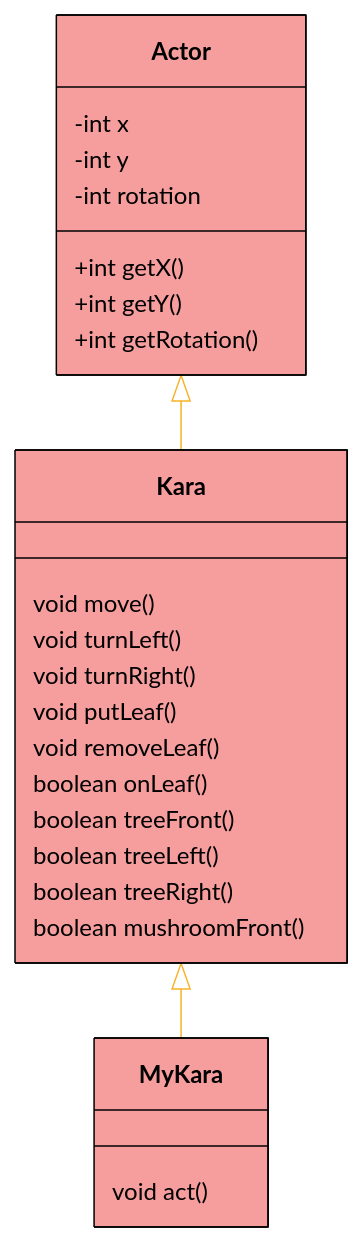
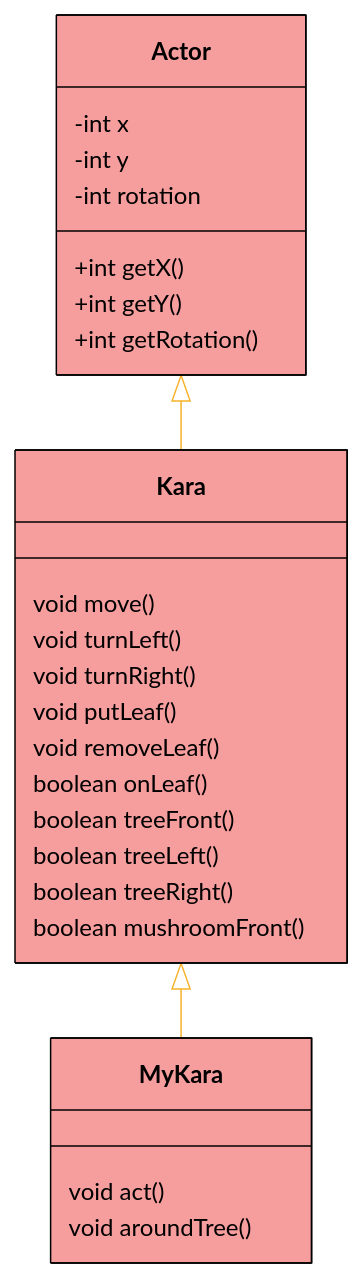
The first of 2 diagrams in hugo/content/classes/ws2023/info1/resources/mermaid/kara-class-diagram.md (bkleinen/bkleinen.github.io), drawn with Mermaid before and after one commit. The commit also changed other lines of this file and 3 other files, not shown here.

```````diff
--- a/hugo/content/classes/ws2023/info1/resources/mermaid/kara-class-diagram.md
+++ b/hugo/content/classes/ws2023/info1/resources/mermaid/kara-class-diagram.md
@@ -11,44 +11,45 @@
 ```mermaid
 %%{
   init: {
     'theme': 'base',
     'themeVariables': {
       'primaryColor': '#f69e9d', 
       'primaryTextColor': '#000',
       'primaryBorderColor': '#000',
       'lineColor': '#F8B229',
       'secondaryColor': '#f4f4f4',
       'activationBorderColor': '#000',
       'tertiaryColor': '#fff'
     }
   }
 }%%
 classDiagram
     Kara <|-- MyKara
     Actor <|-- Kara
     
     class Actor{
       -int x
       -int y
       -int rotation
       +int getX()
       +int getY()
       +int getRotation()
     }
     class Kara{
 
       void move()
       void turnLeft()
       void turnRight()
       void putLeaf()
       void removeLeaf()
       boolean onLeaf()
       boolean treeFront()
       boolean treeLeft()
       boolean treeRight()
       boolean mushroomFront()
     }
     class MyKara{
       void act()
+      void aroundTree()
     }
 ``````
```````
